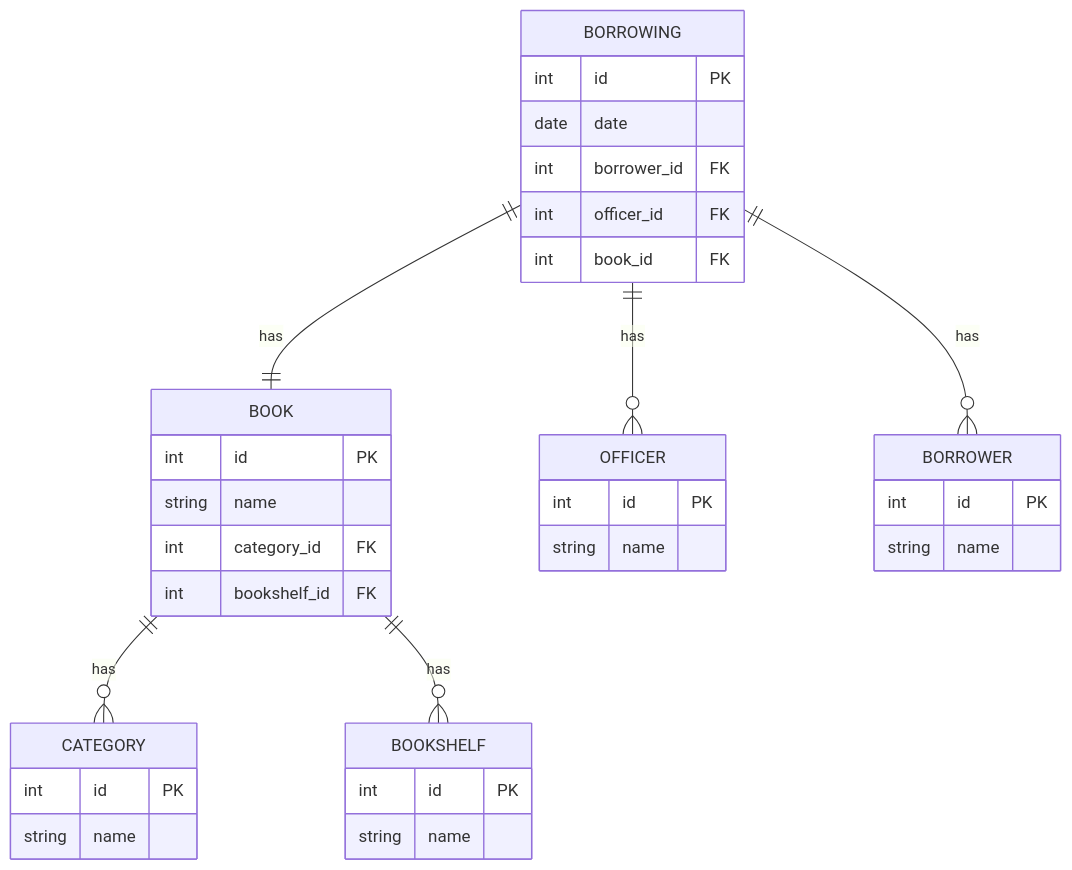
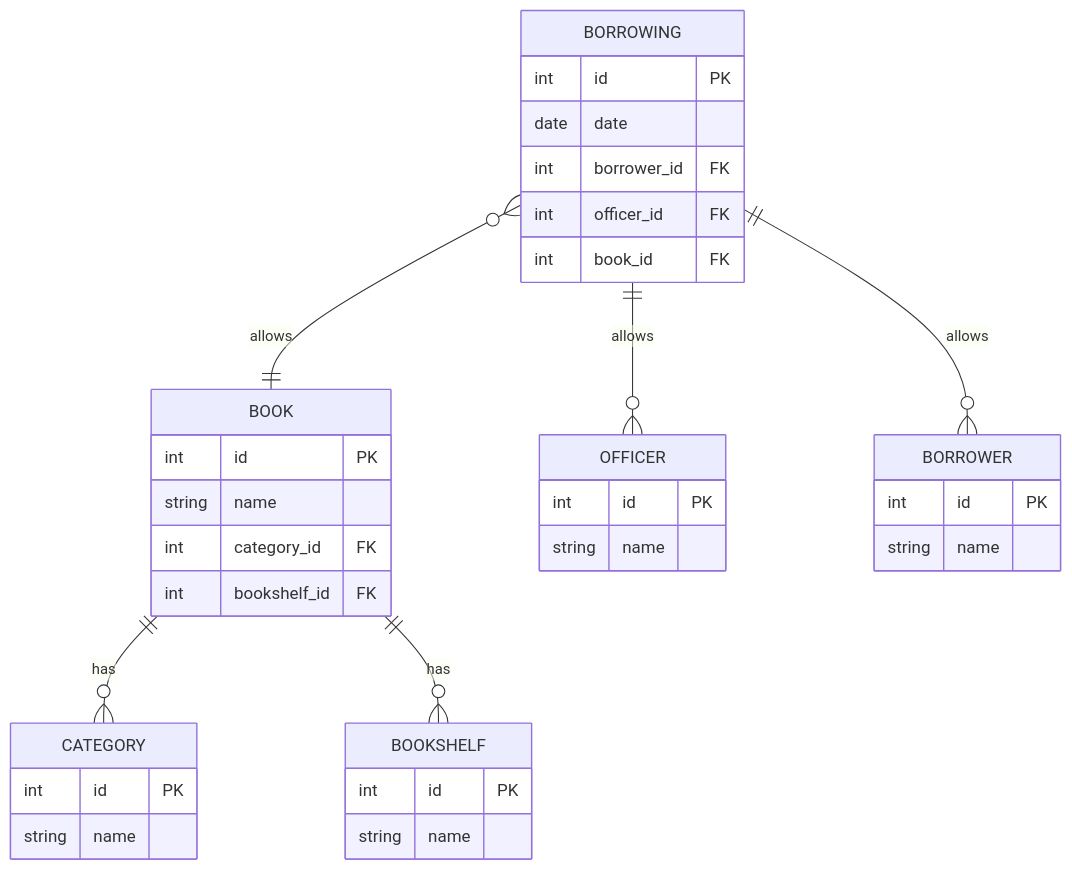
Before and after one commit to mfchrzlmzakky/koda-b1-db1: the diagram in koda-b1-db1-perpustakaan.md, drawn with Mermaid.

Commit message:
fix: fixing entity cardinality

````diff
--- a/koda-b1-db1-perpustakaan.md
+++ b/koda-b1-db1-perpustakaan.md
@@ -1,44 +1,44 @@
 ```mermaid
 erDiagram
 
 BOOK ||--o{ CATEGORY : has
 BOOK ||--o{ BOOKSHELF : has
 BOOK {
   int id PK
   string name
   int category_id FK
   int bookshelf_id FK
 }
 
 CATEGORY {
  int id PK
  string name
 }
 
 BOOKSHELF{
   int id PK
   string name
 }
 
 OFFICER {
   int id PK
   string name
 }
 
 BORROWER {
   int id PK
   string name
 }
 
-BORROWING ||--|| BOOK : has
-BORROWING ||--o{ OFFICER : has
-BORROWING ||--o{ BORROWER : has
+BORROWING }o--|| BOOK : allows
+BORROWING ||--o{ OFFICER : allows
+BORROWING ||--o{ BORROWER : allows
 BORROWING {
   int id PK
   date date
   int borrower_id FK
   int officer_id FK
   int book_id FK
 }
 
 ```
````
